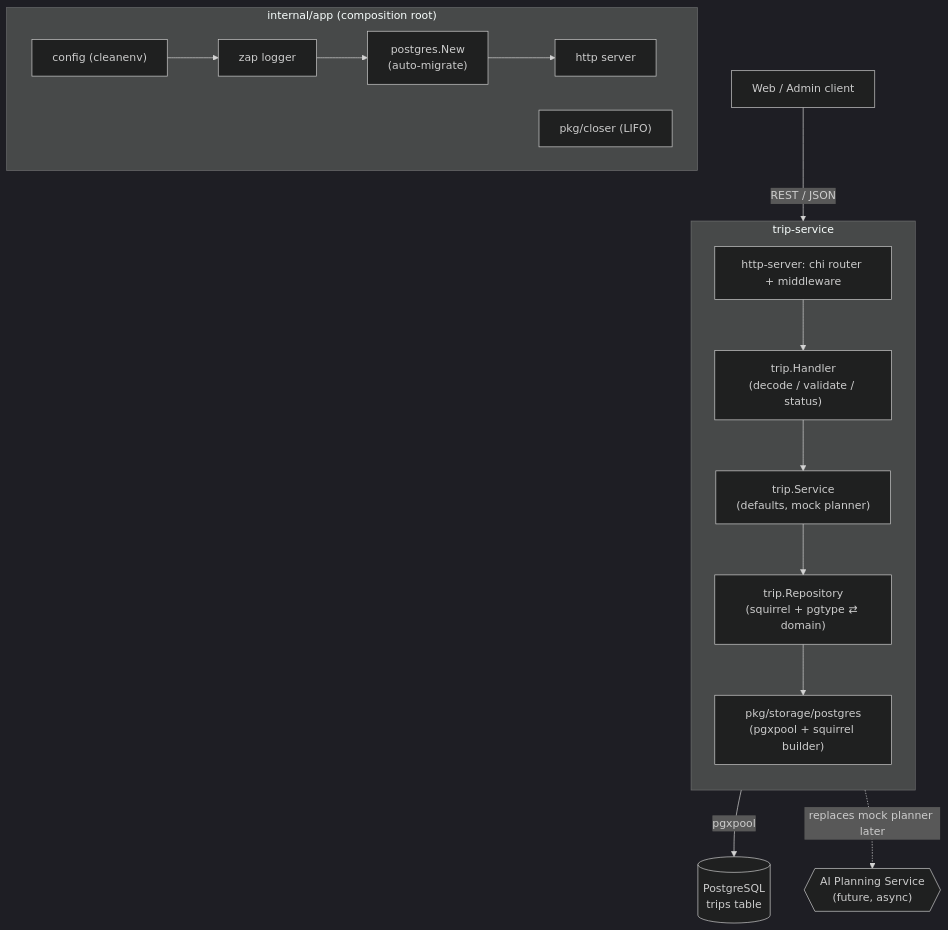
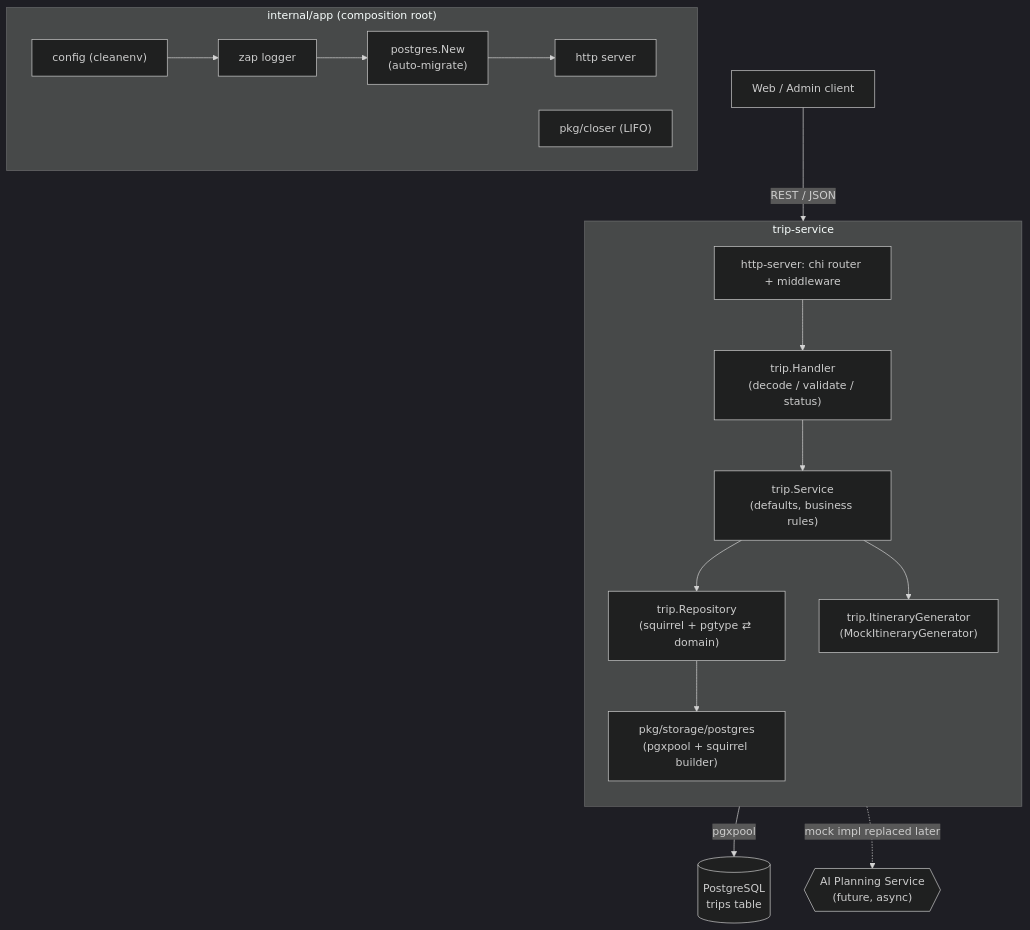
One commit to KovalenkoDima236961/Travel_Ai_App changed the diagram in services/trip-service/README.md. Above: the diagram before and after it, drawn with Mermaid (dark theme). The commit also changed other lines of this file and 29 other files, not shown here.

Commit message:
refactor: refactored structure of the trip service

````diff
--- a/services/trip-service/README.md
+++ b/services/trip-service/README.md
@@ -63,24 +84,26 @@
 ```mermaid
 flowchart TD
     Client["Web / Admin client"]
 
     subgraph TS["trip-service"]
         direction TB
         RT["http-server: chi router + middleware"]
         TH["trip.Handler\n(decode / validate / status)"]
-        SV["trip.Service\n(defaults, mock planner)"]
+        SV["trip.Service\n(defaults, business rules)"]
+        GEN["trip.ItineraryGenerator\n(MockItineraryGenerator)"]
         RP["trip.Repository\n(squirrel + pgtype ⇄ domain)"]
         PGPKG["pkg/storage/postgres\n(pgxpool + squirrel builder)"]
     end
 
     PG[("PostgreSQL\ntrips table")]
     AI{{"AI Planning Service\n(future, async)"}}
 
     Client -->|"REST / JSON"| RT --> TH --> SV --> RP --> PGPKG -->|"pgxpool"| PG
-    SV -.->|"replaces mock planner later"| AI
+    SV --> GEN
+    GEN -.->|"mock impl replaced later"| AI
 
     subgraph BOOT["internal/app (composition root)"]
         CFG["config (cleanenv)"] --> LOG["zap logger"] --> DB["postgres.New\n(auto-migrate)"] --> SRV["http server"]
         CL["pkg/closer (LIFO)"]
     end
 ```
````
